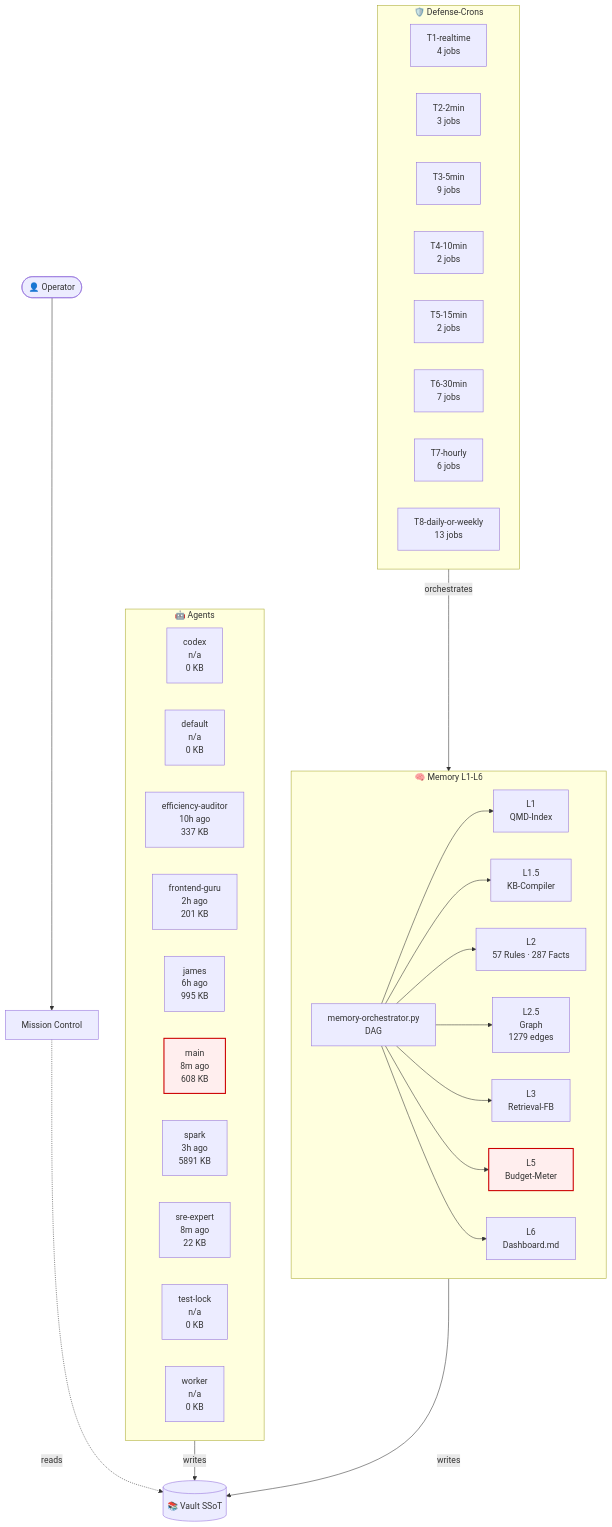
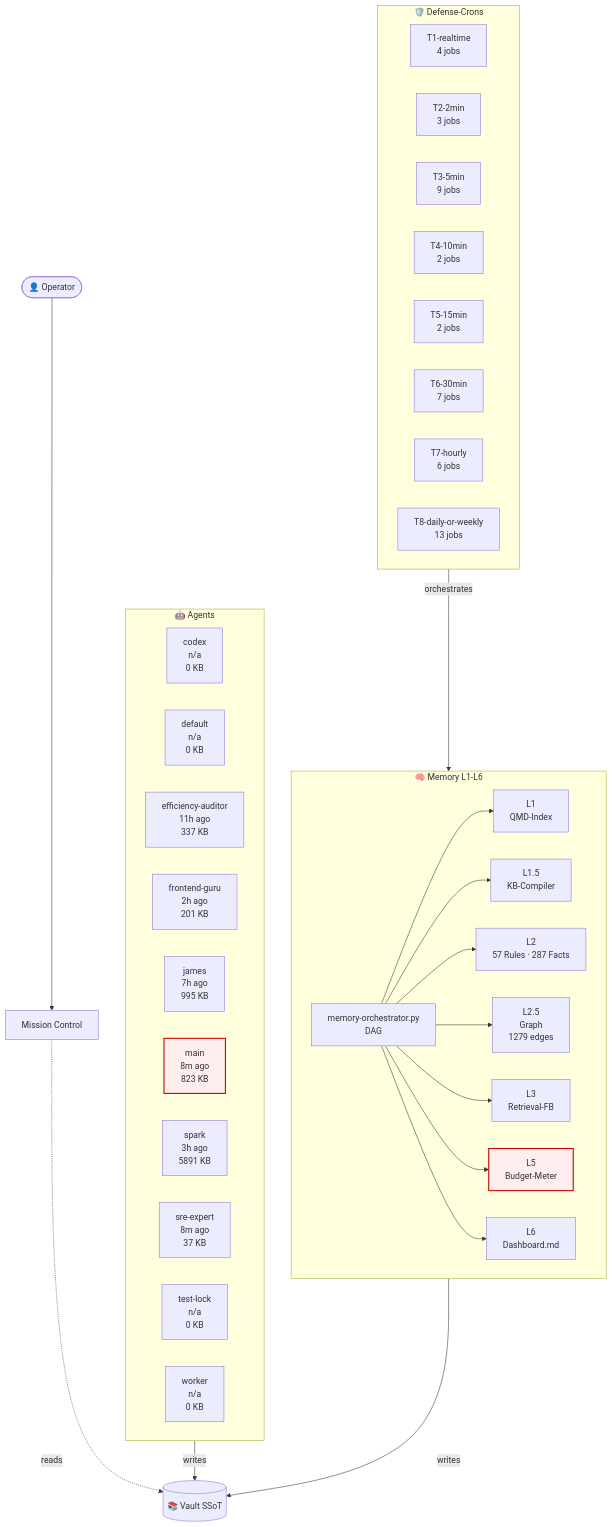
The diagram in 03-Agents/architecture-live.md (lenardhuebner88-rgb/openclaw-memory), drawn with Mermaid before and after one commit. The commit also changed other lines of this file and 1 other file, not shown here.

````diff
--- a/03-Agents/architecture-live.md
+++ b/03-Agents/architecture-live.md
@@ -18,53 +18,53 @@
 ```mermaid
 flowchart TB
     classDef critical fill:#fee,stroke:#c00,stroke-width:2px;
     subgraph AGT["🤖 Agents"]
         agent_codex["codex<br/>n/a<br/>0 KB"]
         agent_default["default<br/>n/a<br/>0 KB"]
-        agent_efficiency_auditor["efficiency-auditor<br/>10h ago<br/>337 KB"]
+        agent_efficiency_auditor["efficiency-auditor<br/>11h ago<br/>337 KB"]
         agent_frontend_guru["frontend-guru<br/>2h ago<br/>201 KB"]
-        agent_james["james<br/>6h ago<br/>995 KB"]
-        agent_main["main<br/>8m ago<br/>608 KB"]
+        agent_james["james<br/>7h ago<br/>995 KB"]
+        agent_main["main<br/>8m ago<br/>823 KB"]
         agent_spark["spark<br/>3h ago<br/>5891 KB"]
-        agent_sre_expert["sre-expert<br/>8m ago<br/>22 KB"]
+        agent_sre_expert["sre-expert<br/>8m ago<br/>37 KB"]
         agent_test_lock["test-lock<br/>n/a<br/>0 KB"]
         agent_worker["worker<br/>n/a<br/>0 KB"]
     end
     subgraph MEM["🧠 Memory L1-L6"]
         L1["L1<br/>QMD-Index"]
         L15["L1.5<br/>KB-Compiler"]
         L2["L2<br/>57 Rules · 287 Facts"]
         L25["L2.5<br/>Graph<br/>1279 edges"]
         L3["L3<br/>Retrieval-FB"]
         L5["L5<br/>Budget-Meter"]
         L6["L6<br/>Dashboard.md"]
         ORCH["memory-orchestrator.py<br/>DAG"]
     end
     subgraph CRN["🛡️ Defense-Crons"]
         tier_T1_realtime["T1-realtime<br/>4 jobs"]
         tier_T2_2min["T2-2min<br/>3 jobs"]
         tier_T3_5min["T3-5min<br/>9 jobs"]
         tier_T4_10min["T4-10min<br/>2 jobs"]
         tier_T5_15min["T5-15min<br/>2 jobs"]
         tier_T6_30min["T6-30min<br/>7 jobs"]
         tier_T7_hourly["T7-hourly<br/>6 jobs"]
         tier_T8_daily_or_weekly["T8-daily-or-weekly<br/>13 jobs"]
     end
     VAULT[("📚 Vault SSoT")]
     OP([👤 Operator])
     MC["Mission Control"]
     OP --> MC
     MC -.reads.-> VAULT
     AGT -->|writes| VAULT
     MEM -->|writes| VAULT
     ORCH --> L1
     ORCH --> L15
     ORCH --> L2
     ORCH --> L25
     ORCH --> L3
     ORCH --> L5
     ORCH --> L6
     CRN -->|orchestrates| MEM
     class L5 critical
     class agent_main critical
 ```
````
